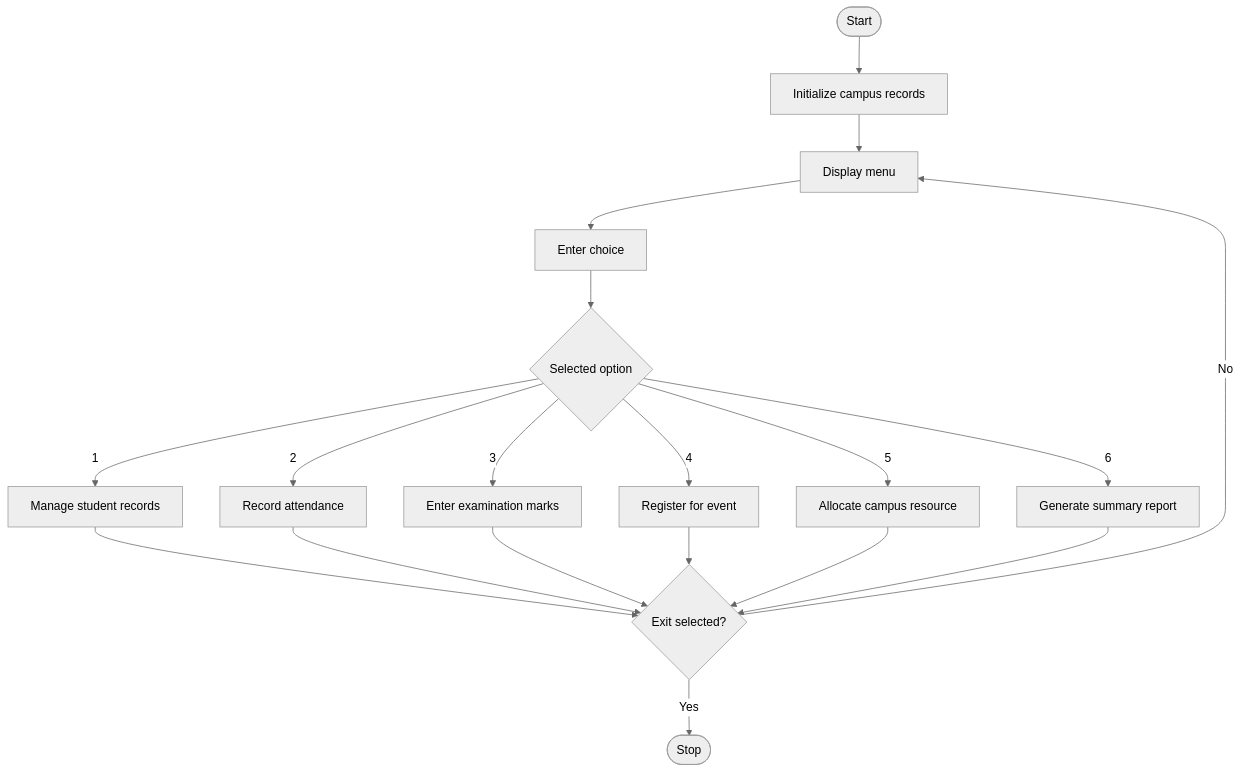
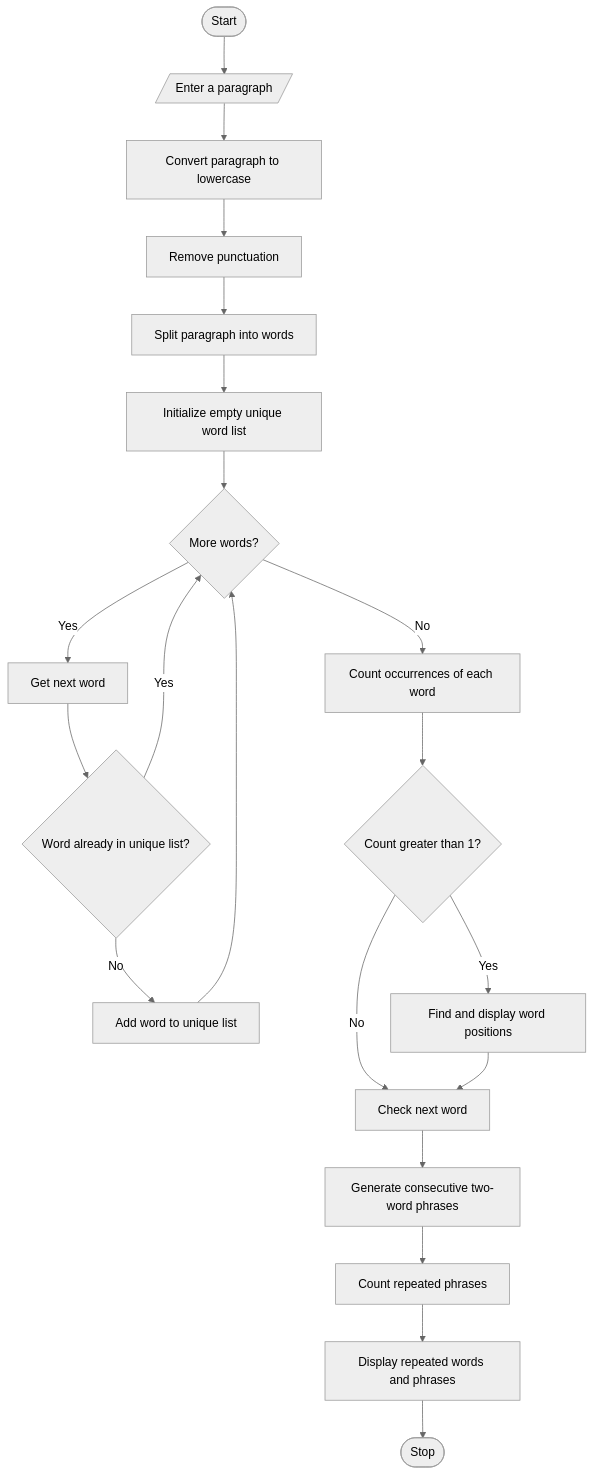
Before and after one commit to charishma2009/PYTHON-ACTIVITY-BASED-LEARNING: the diagram in task8/code.md, drawn with Mermaid (neutral theme). The commit also changed other lines of this file, not shown here.

First line of the commit message:
Implement repeated word and phrase detection feature

````diff
--- a/task8/code.md
+++ b/task8/code.md
@@ -38,22 +28,24 @@
 ```mermaid
 
 flowchart TD
-    A([Start]) --> B[Initialize campus records]
-    B --> C[Display menu]
-    C --> D[Enter choice]
-    D --> E{Selected option}
-    E -- 1 --> F[Manage student records]
-    E -- 2 --> G[Record attendance]
-    E -- 3 --> H[Enter examination marks]
-    E -- 4 --> I[Register for event]
-    E -- 5 --> J[Allocate campus resource]
-    E -- 6 --> K[Generate summary report]
-    F --> L{Exit selected?}
-    G --> L
-    H --> L
-    I --> L
-    J --> L
-    K --> L
-    L -- No --> C
-    L -- Yes --> M([Stop])
+    A([Start]) --> B[/Enter a paragraph/]
+    B --> C[Convert paragraph to lowercase]
+    C --> D[Remove punctuation]
+    D --> E[Split paragraph into words]
+    E --> F[Initialize empty unique word list]
+    F --> G{More words?}
+    G -- Yes --> H[Get next word]
+    H --> I{Word already in unique list?}
+    I -- No --> J[Add word to unique list]
+    I -- Yes --> G
+    J --> G
+    G -- No --> K[Count occurrences of each word]
+    K --> L{Count greater than 1?}
+    L -- Yes --> M[Find and display word positions]
+    L -- No --> N[Check next word]
+    M --> N
+    N --> O[Generate consecutive two-word phrases]
+    O --> P[Count repeated phrases]
+    P --> Q[Display repeated words and phrases]
+    Q --> R([Stop])
 ```
````
